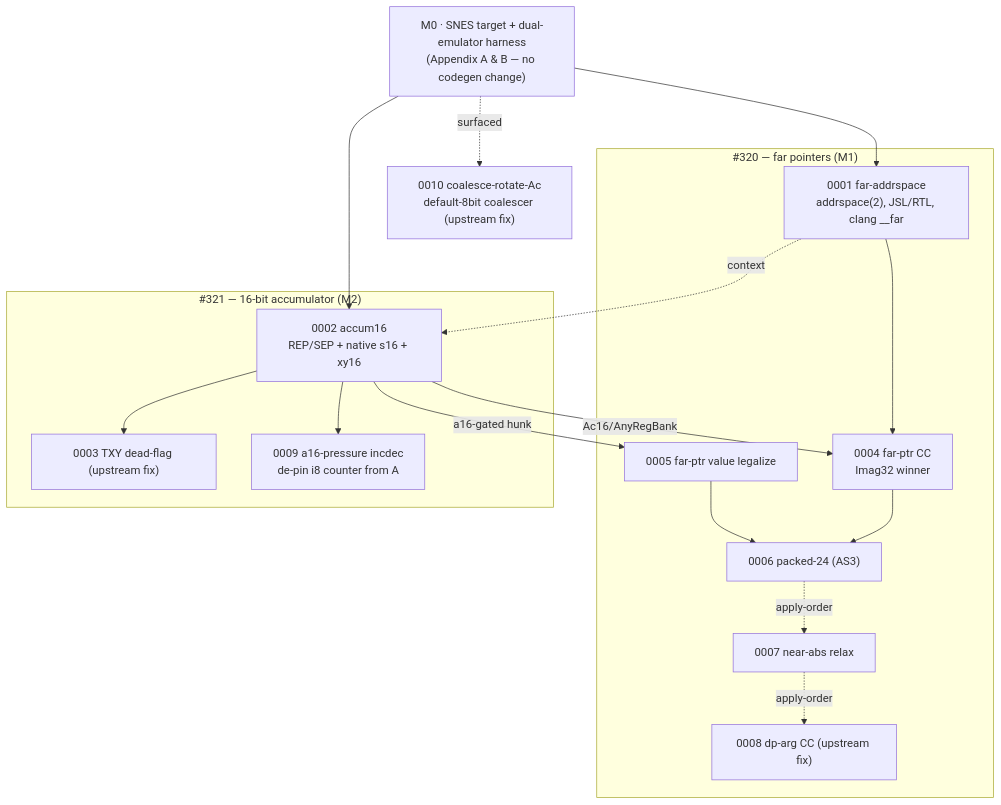
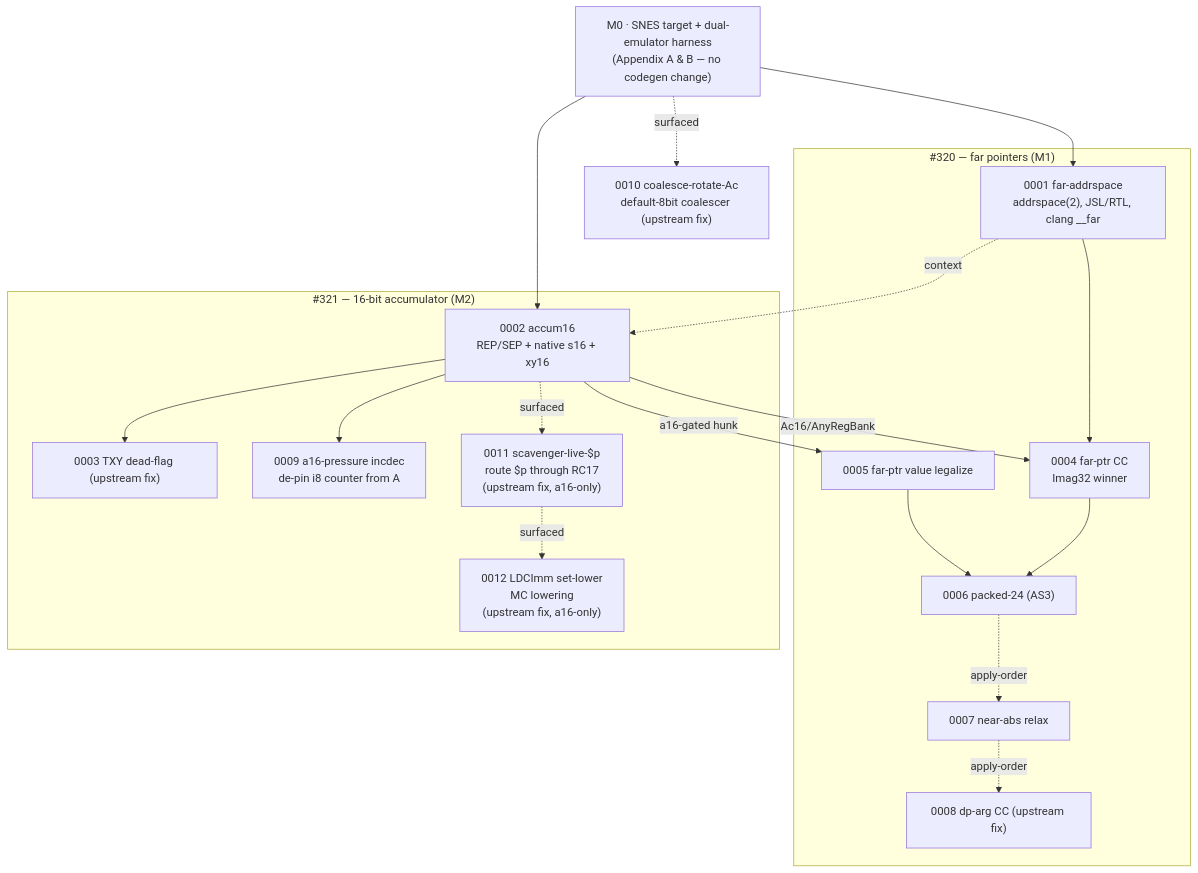
Before and after one commit to wbniv/llvm-mos-65816: the first of 5 diagrams in docs/65816-patch-series-review-guide.md, drawn with Mermaid. The commit also changed other lines of this file, not shown here.

````diff
--- a/docs/65816-patch-series-review-guide.md
+++ b/docs/65816-patch-series-review-guide.md
@@ -173,35 +187,39 @@
 ```mermaid
 flowchart TD
     SNES["M0 · SNES target + dual-emulator harness<br/>(Appendix A &amp; B — no codegen change)"]
 
     subgraph far["#320 — far pointers (M1)"]
         P1["0001 far-addrspace<br/>addrspace(2), JSL/RTL, clang __far"]
         P4["0004 far-ptr CC<br/>Imag32 winner"]
         P5["0005 far-ptr value legalize"]
         P6["0006 packed-24 (AS3)"]
         P7["0007 near-abs relax"]
         P8["0008 dp-arg CC (upstream fix)"]
     end
 
     subgraph a16["#321 — 16-bit accumulator (M2)"]
         P2["0002 accum16<br/>REP/SEP + native s16 + xy16"]
         P3["0003 TXY dead-flag (upstream fix)"]
         P9["0009 a16-pressure incdec<br/>de-pin i8 counter from A"]
+        P11["0011 scavenger-live-$p<br/>route $p through RC17<br/>(upstream fix, a16-only)"]
+        P12["0012 LDCImm set-lower<br/>MC lowering<br/>(upstream fix, a16-only)"]
     end
 
     P10["0010 coalesce-rotate-Ac<br/>default-8bit coalescer (upstream fix)"]
 
     SNES --> P1
     SNES --> P2
     SNES -.surfaced.-> P10
     P1 -.context.-> P2
     P2 --> P3
     P2 --> P9
+    P2 -.surfaced.-> P11
+    P11 -.surfaced.-> P12
     P1 --> P4
     P2 -->|Ac16/AnyRegBank| P4
     P2 -->|a16-gated hunk| P5
     P4 --> P6
     P5 --> P6
     P6 -.apply-order.-> P7
     P7 -.apply-order.-> P8
 ```
````
